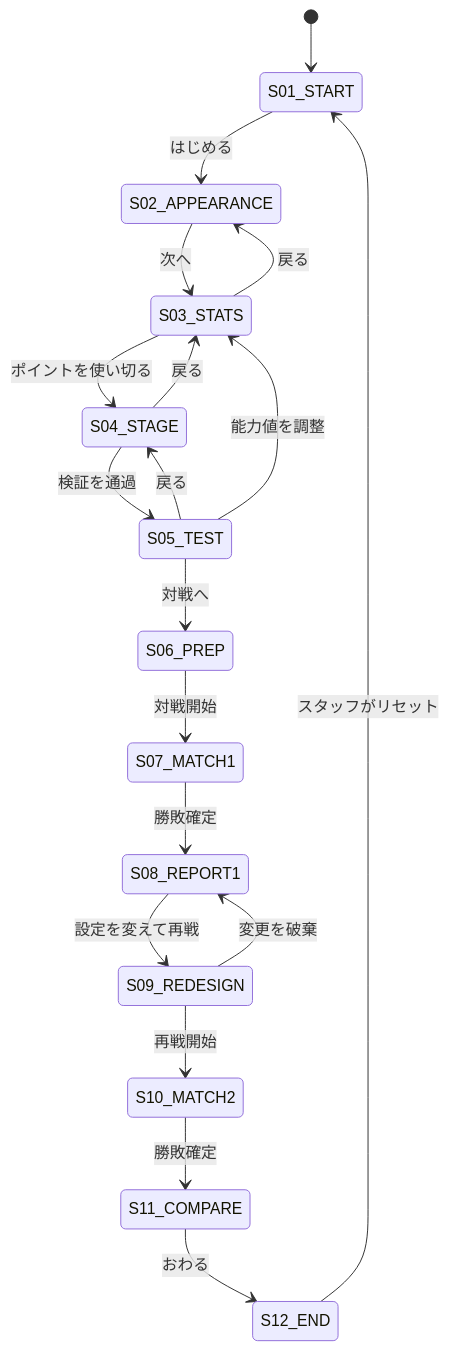
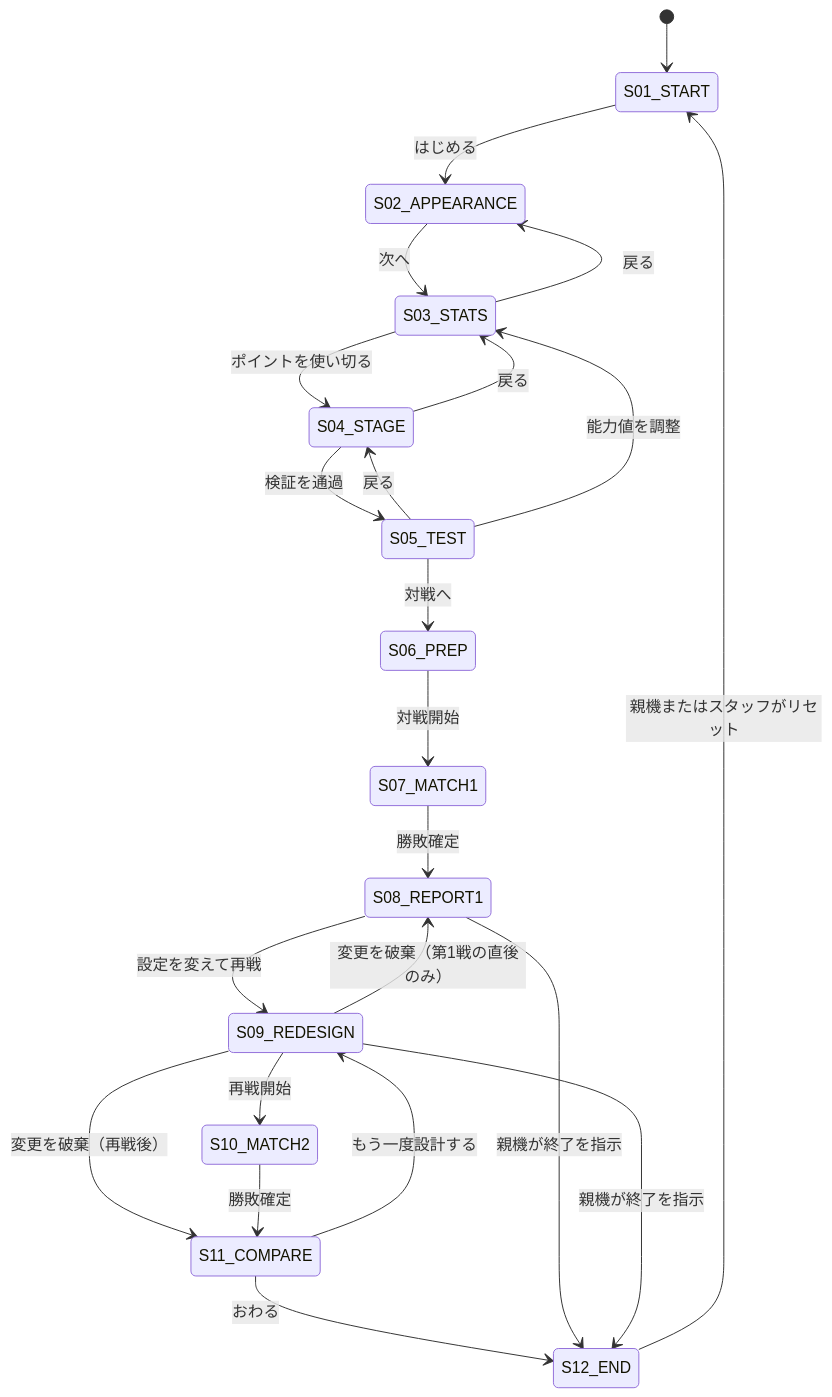
The diagram in docs/01-experience/user-flow.md (m0o9l0v3/oc-battle-sim), drawn with Mermaid before and after one commit. The commit also changed other lines of this file and 1 other file, not shown here.

First line of the commit message:
docs: user-flowに所有者の回答を反映 (#6)

````diff
--- a/docs/01-experience/user-flow.md
+++ b/docs/01-experience/user-flow.md
@@ -145,21 +158,25 @@
 ```mermaid
 stateDiagram-v2
   [*] --> S01_START
   S01_START --> S02_APPEARANCE: はじめる
   S02_APPEARANCE --> S03_STATS: 次へ
   S03_STATS --> S02_APPEARANCE: 戻る
   S03_STATS --> S04_STAGE: ポイントを使い切る
   S04_STAGE --> S03_STATS: 戻る
   S04_STAGE --> S05_TEST: 検証を通過
   S05_TEST --> S04_STAGE: 戻る
   S05_TEST --> S03_STATS: 能力値を調整
   S05_TEST --> S06_PREP: 対戦へ
   S06_PREP --> S07_MATCH1: 対戦開始
   S07_MATCH1 --> S08_REPORT1: 勝敗確定
   S08_REPORT1 --> S09_REDESIGN: 設定を変えて再戦
-  S09_REDESIGN --> S08_REPORT1: 変更を破棄
+  S09_REDESIGN --> S08_REPORT1: 変更を破棄（第1戦の直後のみ）
+  S09_REDESIGN --> S11_COMPARE: 変更を破棄（再戦後）
   S09_REDESIGN --> S10_MATCH2: 再戦開始
   S10_MATCH2 --> S11_COMPARE: 勝敗確定
+  S11_COMPARE --> S09_REDESIGN: もう一度設計する
   S11_COMPARE --> S12_END: おわる
-  S12_END --> S01_START: スタッフがリセット
+  S08_REPORT1 --> S12_END: 親機が終了を指示
+  S09_REDESIGN --> S12_END: 親機が終了を指示
+  S12_END --> S01_START: 親機またはスタッフがリセット
 ```
````
